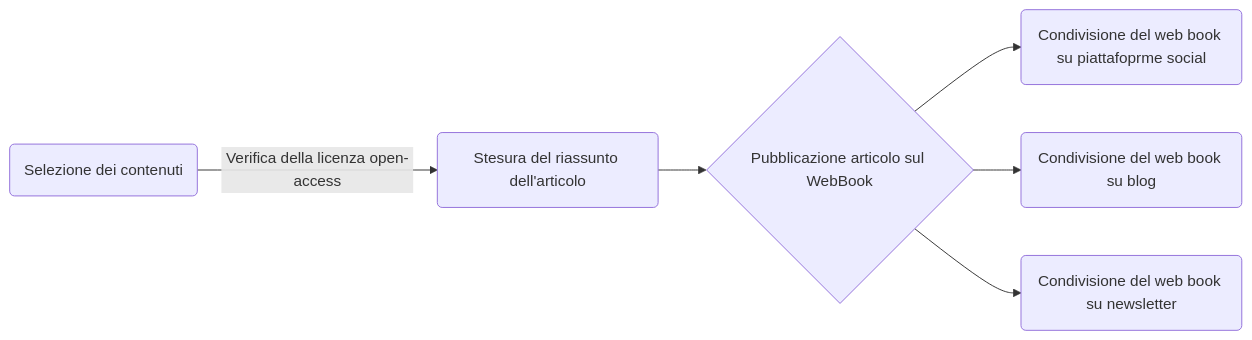
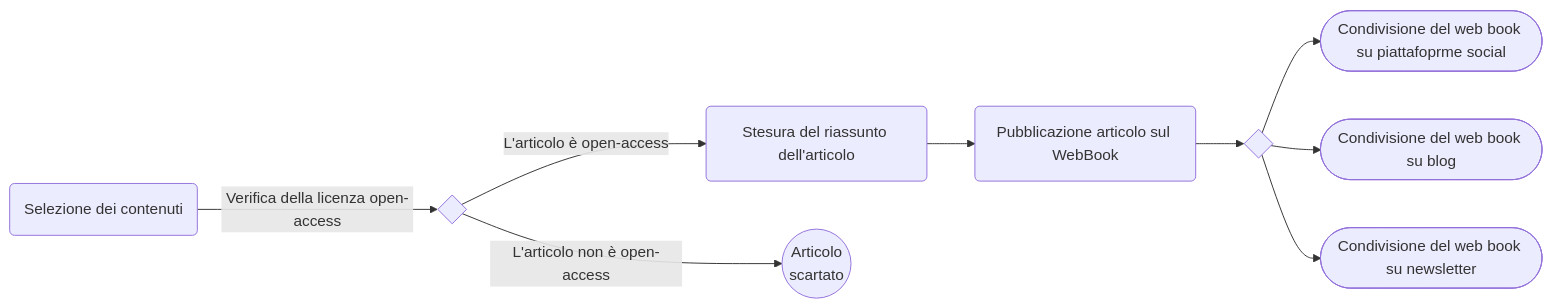
One commit to paoloResciUNI/Fast-Free-News changed the diagram in Relazione/RelazioneProgettoEsame.md. Above: the diagram before and after it, drawn with Mermaid. The commit also changed other lines of this file and 1 other file, not shown here.

````diff
--- a/Relazione/RelazioneProgettoEsame.md
+++ b/Relazione/RelazioneProgettoEsame.md
@@ -94,8 +97,12 @@
 ```mermaid
 graph LR
-A(Selezione dei contenuti) -- Verifica della licenza open-access --> B(Stesura del riassunto dell'articolo)
-B --> D{Pubblicazione articolo sul WebBook}
-D --> E(Condivisione del web book su piattafoprme social)
-D --> F(Condivisione del web book su blog)
-D --> G(Condivisione del web book su newsletter)
+A(Selezione dei contenuti) -- Verifica della licenza open-access --> H{ }
+H -- L'articolo è open-access --> B(Stesura del riassunto dell'articolo)
+H -- L'articolo non è open-access --> I((Articolo
+scartato))
+B --> C(Pubblicazione articolo sul WebBook)
+C --> D{ }
+D --> E([Condivisione del web book su piattafoprme social])
+D --> F([Condivisione del web book su blog])
+D --> G([Condivisione del web book su newsletter])
 ```
````
